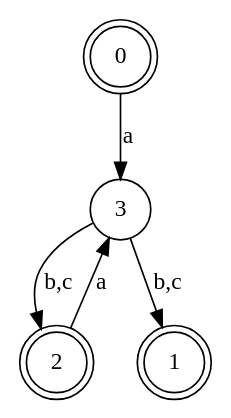
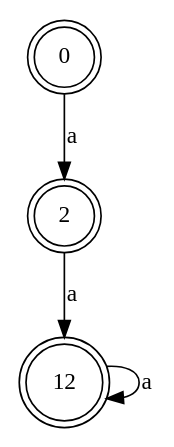
The diagram in projeto_1/test-output/graph.gv (igorbragaia/CTC-34), drawn with Graphviz before and after one commit. The commit also changed 4 other files, not shown here.

```diff
--- a/projeto_1/test-output/graph.gv
+++ b/projeto_1/test-output/graph.gv
@@ -1,10 +1,8 @@
 digraph {
 	0 [shape=doublecircle]
-	1 [shape=doublecircle]
 	2 [shape=doublecircle]
-	3 [shape=circle]
-	2 -> 3 [label=a]
-	3 -> 2 [label="b,c"]
-	3 -> 1 [label="b,c"]
-	0 -> 3 [label=a]
+	12 [shape=doublecircle]
+	0 -> 2 [label=a]
+	2 -> 12 [label=a]
+	12 -> 12 [label=a]
 }
```
